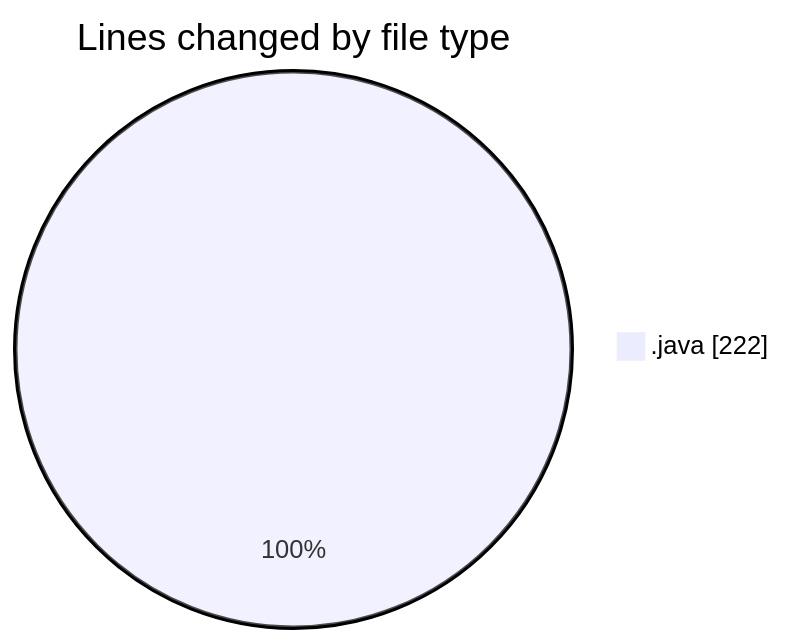
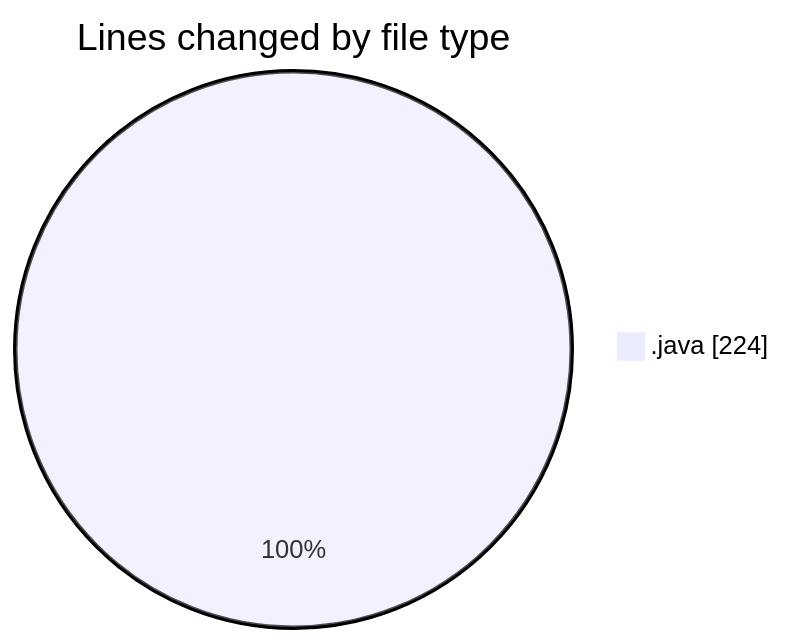
One commit to NitaiMahat/code-tracking changed the first of 2 diagrams in 2025-02-24/startfiles/README.md. Above: the diagram before and after it, drawn with Mermaid. The commit also changed other lines of this file and 1 other file, not shown here.

````diff
--- a/2025-02-24/startfiles/README.md
+++ b/2025-02-24/startfiles/README.md
@@ -21,5 +21,5 @@
 ```mermaid
 pie showData
 title Lines changed by file type
-".java" : 222
+".java" : 224
 ```
````
